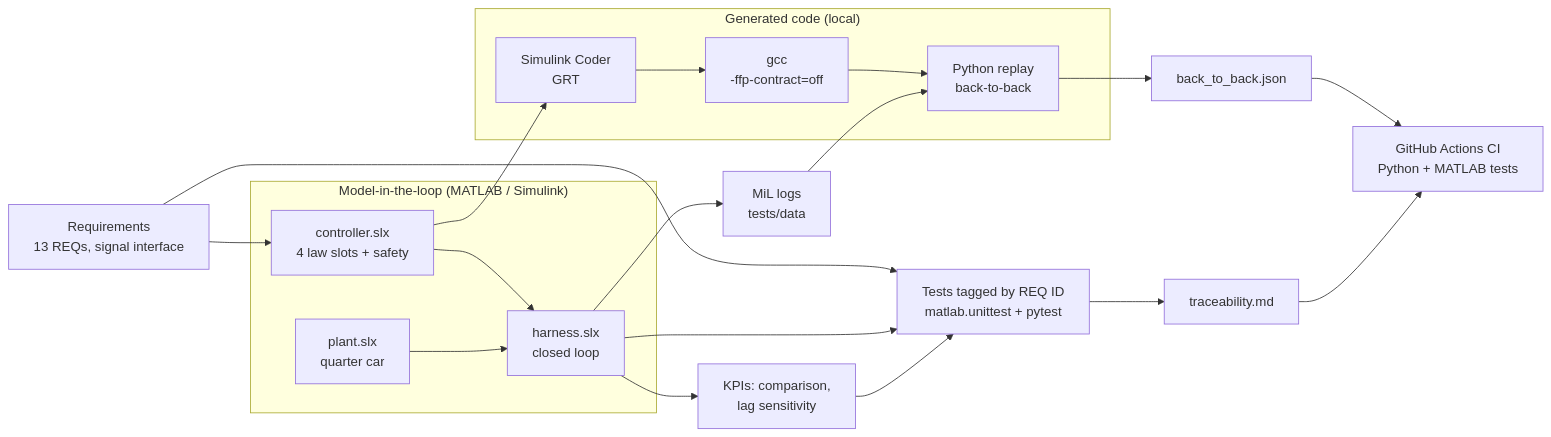
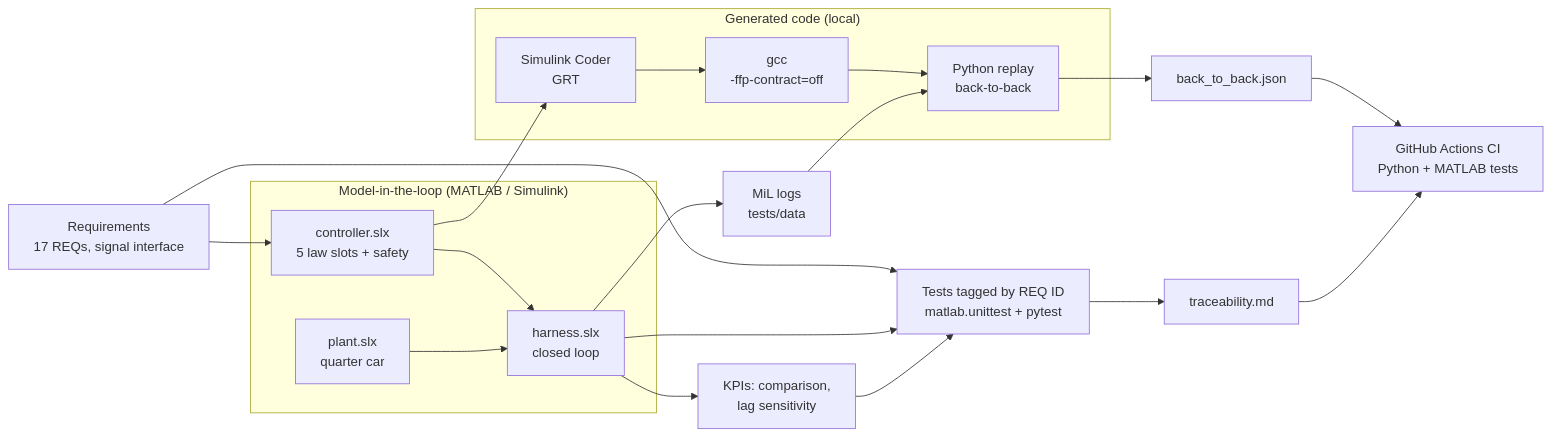
One commit to Thnktech/semiactive-damper-function changed the diagram in README.md. Above: the diagram before and after it, drawn with Mermaid. The commit also changed other lines of this file and 2 other files, not shown here.

````diff
--- a/README.md
+++ b/README.md
@@ -18,26 +18,26 @@
 ```mermaid
 flowchart LR
-    REQ["Requirements<br/>13 REQs, signal interface"]
+    REQ["Requirements<br/>17 REQs, signal interface"]
     subgraph MIL["Model-in-the-loop (MATLAB / Simulink)"]
-        CTRL["controller.slx<br/>4 law slots + safety"]
+        CTRL["controller.slx<br/>5 law slots + safety"]
         PLANT["plant.slx<br/>quarter car"]
         HAR["harness.slx<br/>closed loop"]
         CTRL --> HAR
         PLANT --> HAR
     end
     subgraph CODE["Generated code (local)"]
         GEN["Simulink Coder<br/>GRT"] --> GCC["gcc<br/>-ffp-contract=off"] --> B2B["Python replay<br/>back-to-back"]
     end
     REQ --> CTRL
     REQ --> TESTS["Tests tagged by REQ ID<br/>matlab.unittest + pytest"]
     HAR --> KPI["KPIs: comparison,<br/>lag sensitivity"]
     HAR --> LOGS["MiL logs<br/>tests/data"]
     HAR --> TESTS
     KPI --> TESTS
     CTRL --> GEN
     LOGS --> B2B
     TESTS --> TRACE["traceability.md"]
     B2B --> REC["back_to_back.json"]
     REC --> CI["GitHub Actions CI<br/>Python + MATLAB tests"]
     TRACE --> CI
 ```
````
